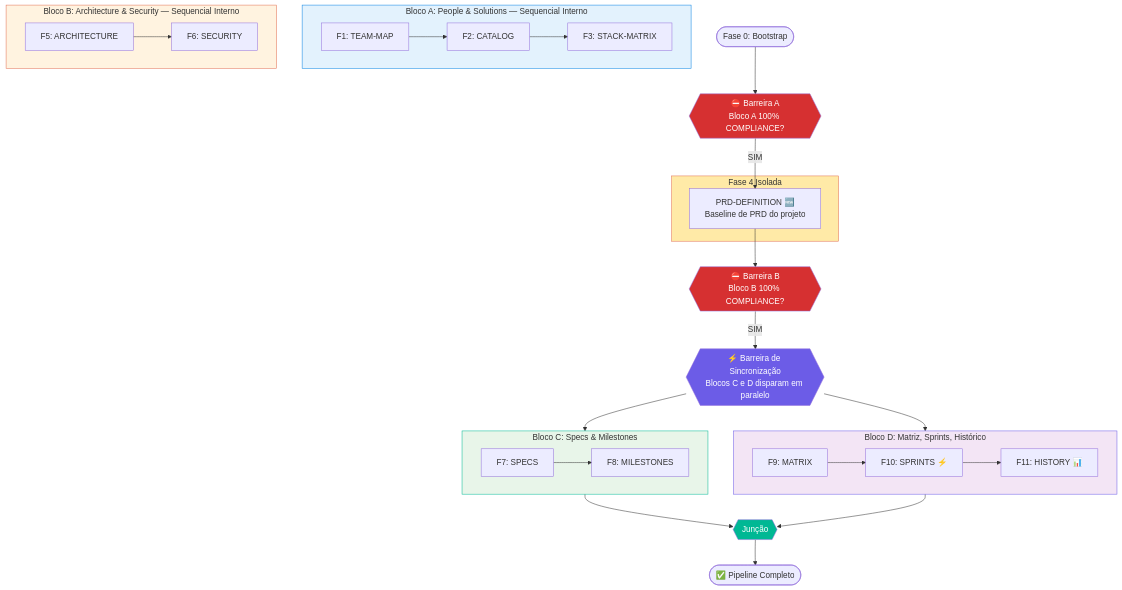
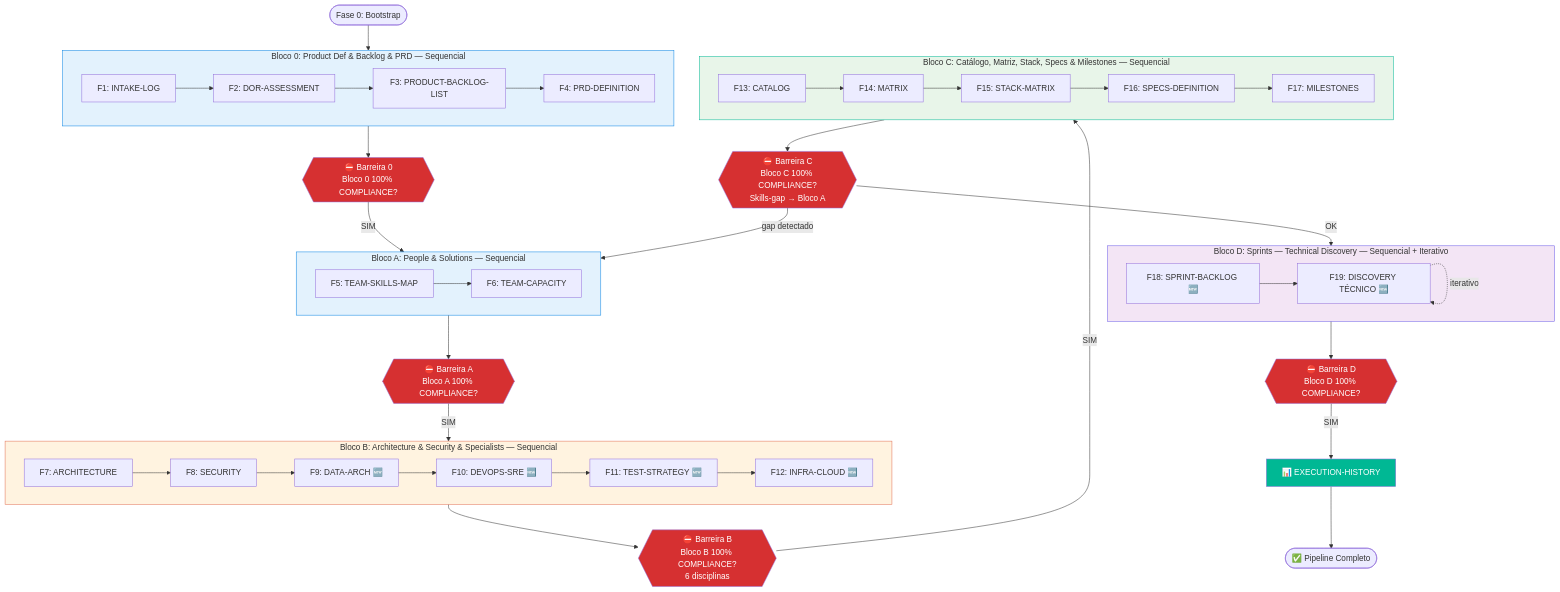
Before and after one commit to bolismar69/workspace-fbso: the fifth of 10 diagrams in .specs/prompts/project-technical-definitions/FLOWCHART-PROMPT-ROADMAP-GENERATE-PROJECT-TECHNICAL-DEFINITIONS.md, drawn with Mermaid. The commit also changed other lines of this file, not shown here.

First line of the commit message:
docs: flowchart tech-defs v4.0 → v5.0 — blocos sequenciais, 20 fases

````diff
--- a/.specs/prompts/project-technical-definitions/FLOWCHART-PROMPT-ROADMAP-GENERATE-PROJECT-TECHNICAL-DEFINITIONS.md
+++ b/.specs/prompts/project-technical-definitions/FLOWCHART-PROMPT-ROADMAP-GENERATE-PROJECT-TECHNICAL-DEFINITIONS.md
@@ -294,56 +408,69 @@
 ```mermaid
 flowchart TD
-    START([Fase 0: Bootstrap]) --> GATE_A
+    START([Fase 0: Bootstrap]) --> BLOCO_0
 
-    subgraph BLOCO_A[Bloco A: People & Solutions — Sequencial Interno]
+    subgraph BLOCO_0[Bloco 0: Product Def & Backlog & PRD — Sequencial]
         direction LR
-        A1[F1: TEAM-MAP] --> A2[F2: CATALOG]
-        A2 --> A3[F3: STACK-MATRIX]
+        B0_1[F1: INTAKE-LOG] --> B0_2[F2: DOR-ASSESSMENT]
+        B0_2 --> B0_3[F3: PRODUCT-BACKLOG-LIST]
+        B0_3 --> B0_4[F4: PRD-DEFINITION]
     end
 
-    GATE_A{{⛔ Barreira A<br/>Bloco A 100% COMPLIANCE?}} -->|SIM| F4
+    BLOCO_0 --> G0{{"⛔ Barreira 0<br/>Bloco 0 100% COMPLIANCE?"}}
+    G0 -->|SIM| BLOCO_A
 
-    subgraph F4_PHASE[Fase 4 Isolada]
-        F4[PRD-DEFINITION 🆕<br/>Baseline de PRD do projeto]
+    subgraph BLOCO_A[Bloco A: People & Solutions — Sequencial]
+        direction LR
+        A1[F5: TEAM-SKILLS-MAP] --> A2[F6: TEAM-CAPACITY]
     end
 
-    F4 --> GATE_B
+    BLOCO_A --> GA{{"⛔ Barreira A<br/>Bloco A 100% COMPLIANCE?"}}
+    GA -->|SIM| BLOCO_B
 
-    subgraph BLOCO_B[Bloco B: Architecture & Security — Sequencial Interno]
+    subgraph BLOCO_B[Bloco B: Architecture & Security & Specialists — Sequencial]
         direction LR
-        B1[F5: ARCHITECTURE] --> B2[F6: SECURITY]
+        B1[F7: ARCHITECTURE] --> B2[F8: SECURITY]
+        B2 --> B3[F9: DATA-ARCH 🆕]
+        B3 --> B4[F10: DEVOPS-SRE 🆕]
+        B4 --> B5[F11: TEST-STRATEGY 🆕]
+        B5 --> B6[F12: INFRA-CLOUD 🆕]
     end
 
-    GATE_B{{⛔ Barreira B<br/>Bloco B 100% COMPLIANCE?}} -->|SIM| GATE_SYNC
+    BLOCO_B --> GB{{"⛔ Barreira B<br/>Bloco B 100% COMPLIANCE?<br/>6 disciplinas"}}
+    GB -->|SIM| BLOCO_C
 
-    GATE_SYNC{{⚡ Barreira de Sincronização<br/>Blocos C e D disparam em paralelo}}
-
-    GATE_SYNC --> BLOCO_C
-    GATE_SYNC --> BLOCO_D
-
-    subgraph BLOCO_C[Bloco C: Specs & Milestones]
+    subgraph BLOCO_C[Bloco C: Catálogo, Matriz, Stack, Specs & Milestones — Sequencial]
         direction LR
-        C1[F7: SPECS] --> C2[F8: MILESTONES]
+        C1[F13: CATALOG] --> C2[F14: MATRIX]
+        C2 --> C3[F15: STACK-MATRIX]
+        C3 --> C4[F16: SPECS-DEFINITION]
+        C4 --> C5[F17: MILESTONES]
     end
 
-    subgraph BLOCO_D[Bloco D: Matriz, Sprints, Histórico]
+    BLOCO_C --> GC{{"⛔ Barreira C<br/>Bloco C 100% COMPLIANCE?<br/>Skills-gap → Bloco A"}}
+    GC -->|gap detectado| BLOCO_A
+    GC -->|OK| BLOCO_D
+
+    subgraph BLOCO_D[Bloco D: Sprints — Technical Discovery — Sequencial + Iterativo]
         direction LR
-        D1[F9: MATRIX] --> D2[F10: SPRINTS ⚡]
-        D2 --> D3[F11: HISTORY 📊]
+        D1[F18: SPRINT-BACKLOG 🆕] --> D2[F19: DISCOVERY TÉCNICO 🆕]
+        D2 -.->|iterativo| D2
     end
 
-    BLOCO_C --> JOIN{{Junção}}
-    BLOCO_D --> JOIN
+    BLOCO_D --> GD{{"⛔ Barreira D<br/>Bloco D 100% COMPLIANCE?"}}
+    GD -->|SIM| HIST[📊 EXECUTION-HISTORY]
 
-    JOIN --> END([✅ Pipeline Completo])
+    HIST --> END([✅ Pipeline Completo])
 
+    style BLOCO_0 fill:#e3f2fd,stroke:#0984e3
     style BLOCO_A fill:#e3f2fd,stroke:#0984e3
     style BLOCO_B fill:#fff3e0,stroke:#e17055
     style BLOCO_C fill:#e8f5e9,stroke:#00b894
     style BLOCO_D fill:#f3e5f5,stroke:#6c5ce7
-    style F4_PHASE fill:#ffeaa7,stroke:#e17055
-    style GATE_A fill:#d63031,color:#fff
-    style GATE_B fill:#d63031,color:#fff
-    style GATE_SYNC fill:#6c5ce7,color:#fff
-    style JOIN fill:#00b894,color:#fff
+    style G0 fill:#d63031,color:#fff
+    style GA fill:#d63031,color:#fff
+    style GB fill:#d63031,color:#fff
+    style GC fill:#d63031,color:#fff
+    style GD fill:#d63031,color:#fff
+    style HIST fill:#00b894,color:#fff
 ```
````
